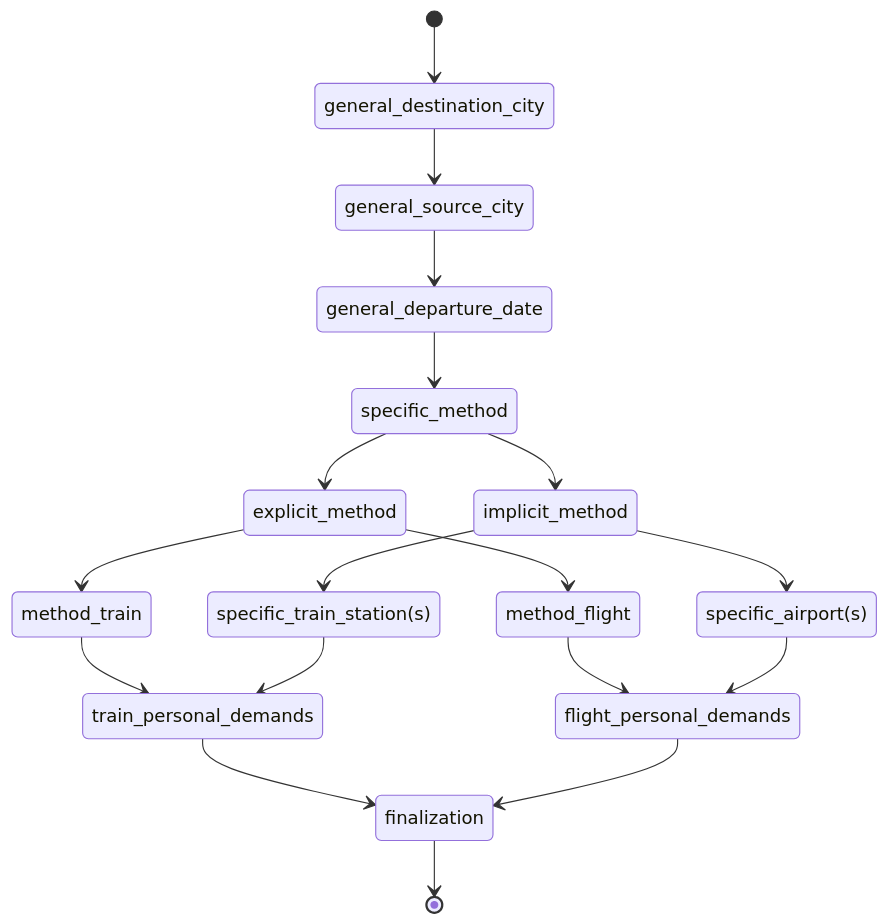
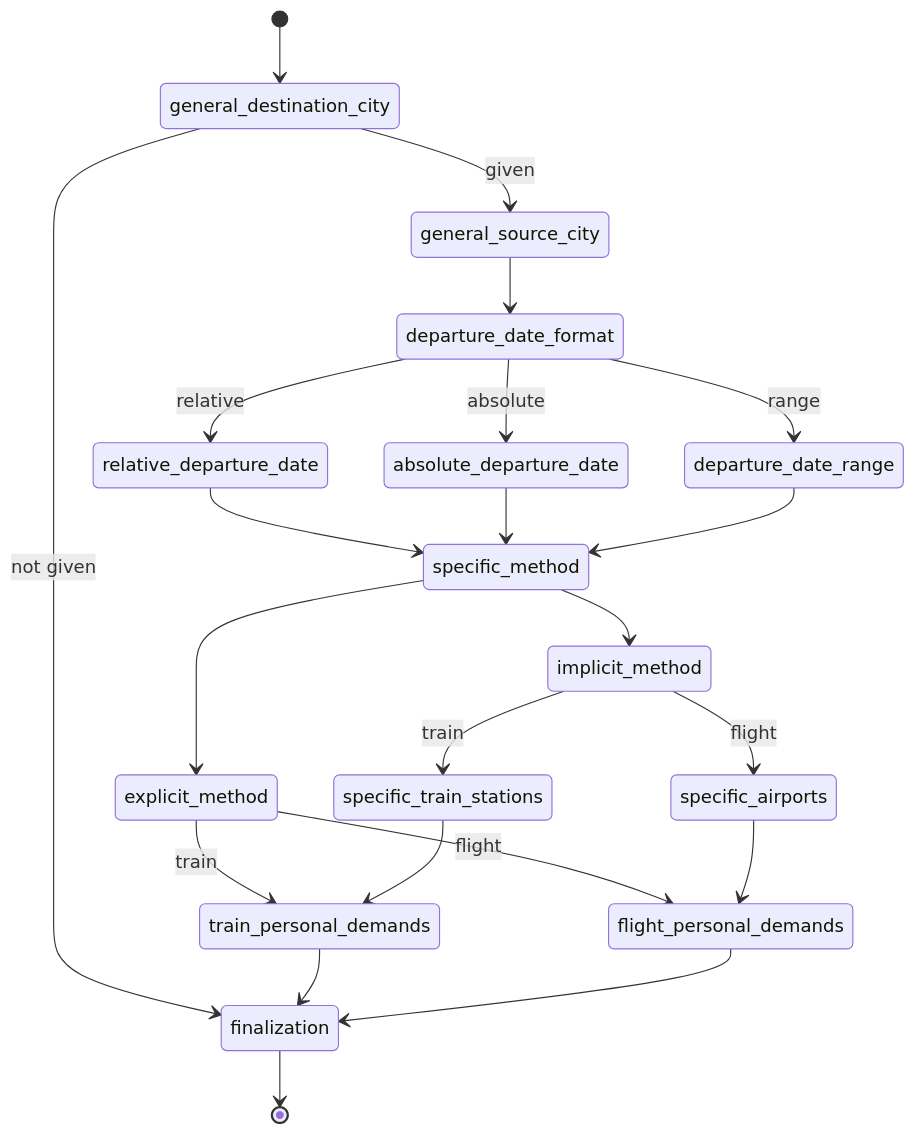
One commit to 0-1CxH/Prodxy changed the first of 2 diagrams in README.md. Above: the diagram before and after it, drawn with Mermaid. The commit also changed other lines of this file, not shown here.

````diff
--- a/README.md
+++ b/README.md
@@ -35,27 +35,31 @@
 ```mermaid
 stateDiagram-v2
     [*] --> general_destination_city
-    general_destination_city --> general_source_city
-    general_source_city --> general_departure_date
+    general_destination_city --> finalization : not given
+    general_destination_city --> general_source_city : given
+    general_source_city --> departure_date_format
 
-    general_departure_date --> specific_method
+    departure_date_format --> relative_departure_date: relative
+    relative_departure_date --> specific_method
+    departure_date_format --> absolute_departure_date: absolute
+    absolute_departure_date --> specific_method
+    departure_date_format --> departure_date_range: range
+    departure_date_range --> specific_method
     
     specific_method --> explicit_method
     specific_method --> implicit_method
     
-    explicit_method --> method_train
-    explicit_method --> method_flight
+    explicit_method --> train_personal_demands: train
+    explicit_method --> flight_personal_demands: flight
     
-    implicit_method --> specific_train_station(s)
-    implicit_method --> specific_airport(s)
+    implicit_method --> specific_train_stations: train
+    implicit_method --> specific_airports: flight
 
-    method_train --> train_personal_demands
-    method_flight --> flight_personal_demands
     
-    specific_train_station(s) --> train_personal_demands
-    specific_airport(s) --> flight_personal_demands
+    specific_train_stations --> train_personal_demands
+    specific_airports --> flight_personal_demands
 
     train_personal_demands --> finalization
     flight_personal_demands --> finalization
     finalization --> [*]
 ```
````
